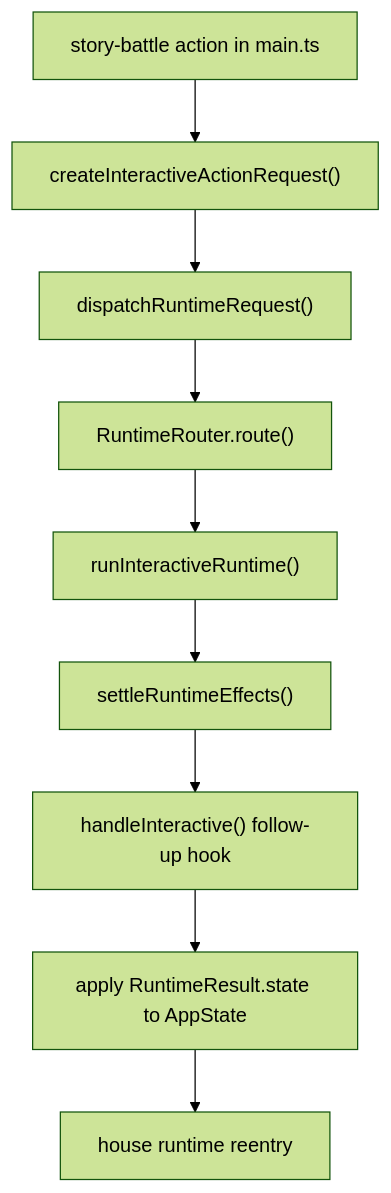
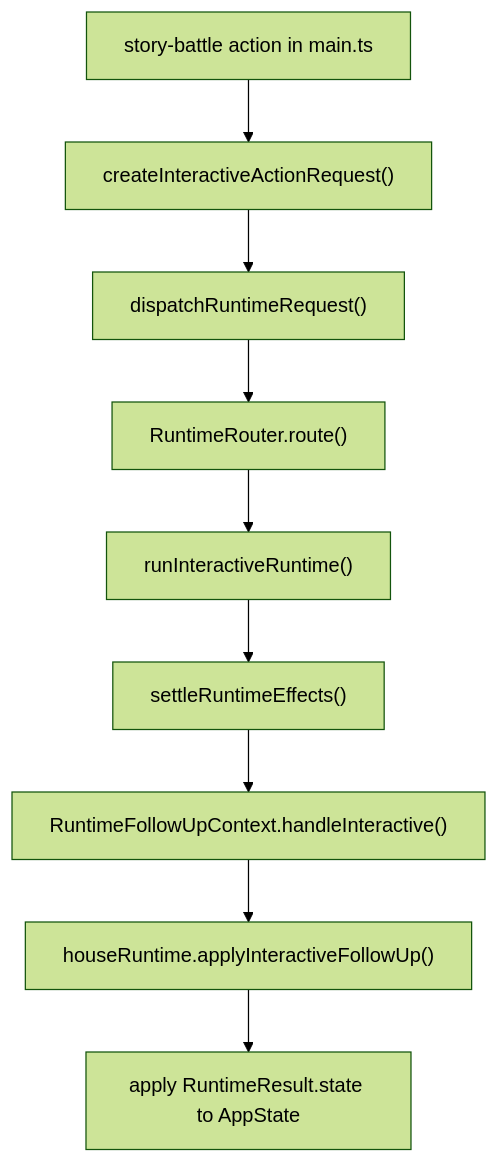
Before and after one commit to MA141277/RPG_TG: the fifth of 9 diagrams in docs/superpowers/weekly/2026-06-29-weekly-architecture-report.md, drawn with Mermaid (forest theme). The commit also changed other lines of this file and 11 other files, not shown here.

````diff
--- a/docs/superpowers/weekly/2026-06-29-weekly-architecture-report.md
+++ b/docs/superpowers/weekly/2026-06-29-weekly-architecture-report.md
@@ -142,11 +142,11 @@
 ```mermaid
 flowchart TD
     A["story-battle action in main.ts"] --> B["createInteractiveActionRequest()"]
     B --> C["dispatchRuntimeRequest()"]
     C --> D["RuntimeRouter.route()"]
     D --> E["runInteractiveRuntime()"]
     E --> F["settleRuntimeEffects()"]
-    F --> G["handleInteractive() follow-up hook"]
-    G --> H["apply RuntimeResult.state to AppState"]
-    H --> I["house runtime reentry"]
+    F --> G["RuntimeFollowUpContext.handleInteractive()"]
+    G --> H["houseRuntime.applyInteractiveFollowUp()"]
+    H --> I["apply RuntimeResult.state to AppState"]
 ```
````
